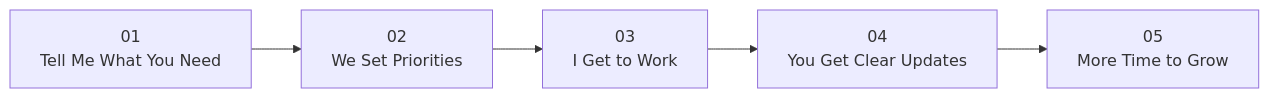
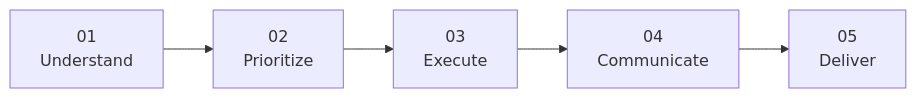
The diagram in README.md (alebiosuva/alebiosuva), drawn with Mermaid before and after one commit. The commit also changed other lines of this file, not shown here.

````diff
--- a/README.md
+++ b/README.md
@@ -132,7 +288,7 @@
 ```mermaid
 flowchart LR
-    A[" 01<br/>Tell Me What You Need"] --> B[" 02<br/>We Set Priorities"]
-    B --> C[" 03<br/>I Get to Work"]
-    C --> D[" 04<br/>You Get Clear Updates"]
-    D --> E[" 05<br/>More Time to Grow"]
+    A["01<br/>Understand"] --> B["02<br/>Prioritize"]
+    B --> C["03<br/>Execute"]
+    C --> D["04<br/>Communicate"]
+    D --> E["05<br/>Deliver"]
 ```
````
